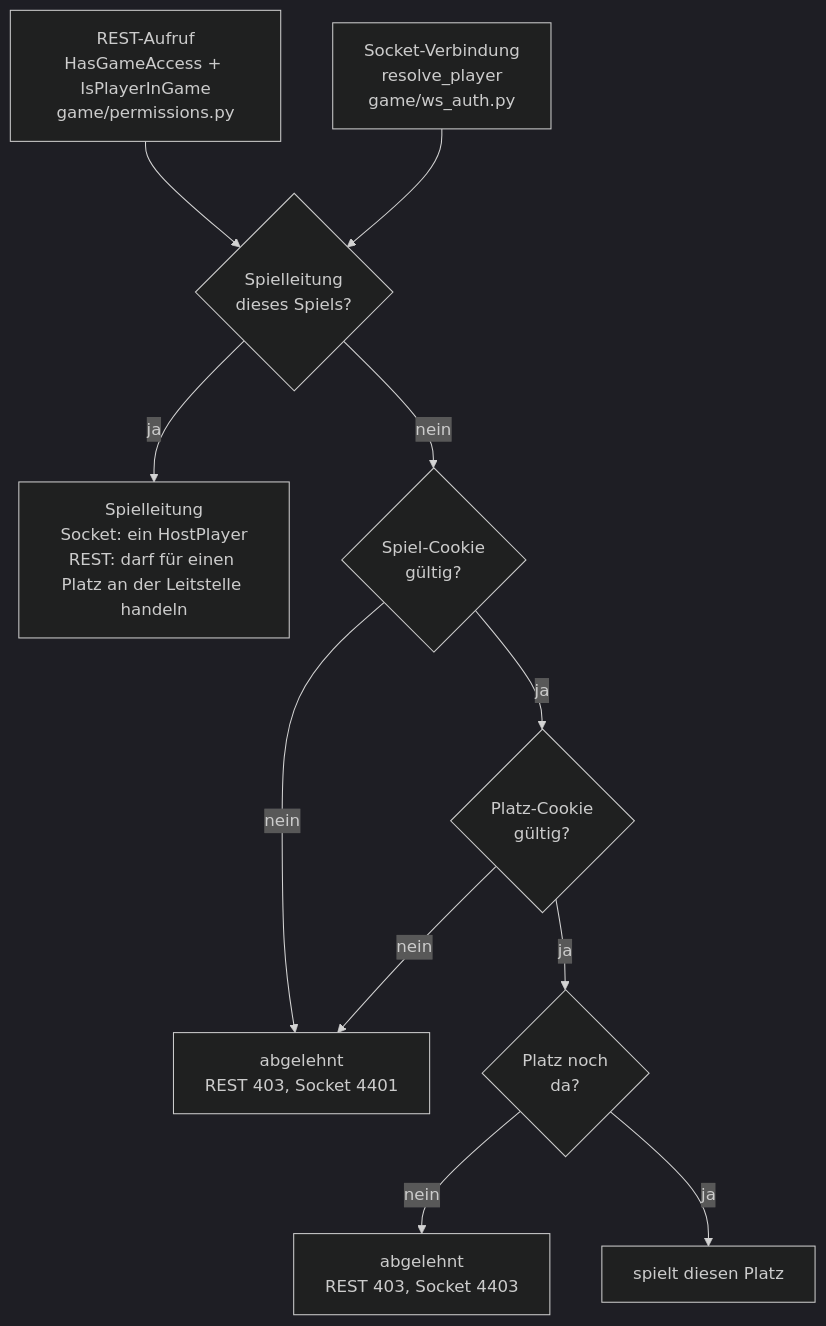
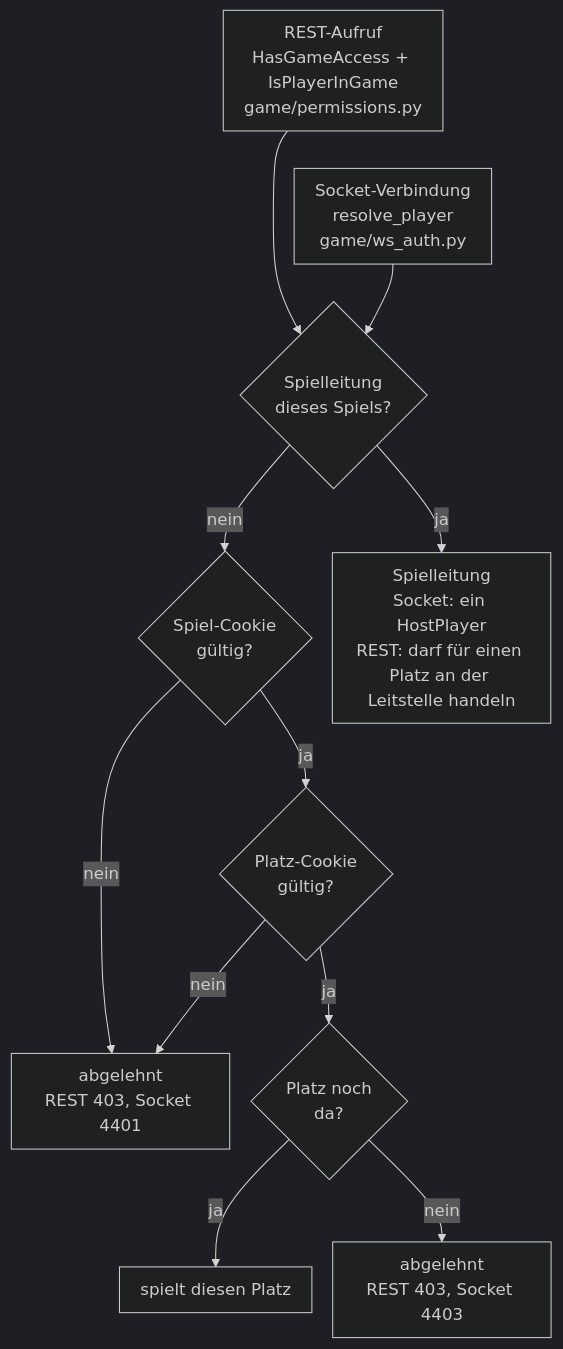
One commit to luke-hirsch/co2mmute changed the fourth of 12 diagrams in docs/de-flowcharts.md. Above: the diagram before and after it, drawn with Mermaid (dark theme). The commit also changed other lines of this file and 6 other files, not shown here.

Commit message:
ablaufdiagramme: 1, 4, 6, 8 und 10 schmaler gezeichnet (umbruchbreite, eine spalte, kürzere kantentexte), de und en gleich

````diff
--- a/docs/de-flowcharts.md
+++ b/docs/de-flowcharts.md
@@ -149,17 +154,19 @@
 ```mermaid
+%%{init: {"flowchart": {"wrappingWidth": 170, "nodeSpacing": 20, "rankSpacing": 36, "padding": 10}}}%%
 flowchart TD
     rest["REST-Aufruf<br>HasGameAccess + IsPlayerInGame<br>game/permissions.py"]
     sock["Socket-Verbindung<br>resolve_player<br>game/ws_auth.py"]
+    rest ~~~ sock
     rest --> host
     sock --> host
 
     host{"Spielleitung<br>dieses Spiels?"}
+    host -->|"nein"| access{"Spiel-Cookie<br>gültig?"}
     host -->|"ja"| hostok["Spielleitung<br>Socket: ein HostPlayer<br>REST: darf für einen Platz an der Leitstelle handeln"]
-    host -->|"nein"| access{"Spiel-Cookie<br>gültig?"}
+    access -->|"ja"| pid{"Platz-Cookie<br>gültig?"}
     access -->|"nein"| refused1["abgelehnt<br>REST 403, Socket 4401"]
-    access -->|"ja"| pid{"Platz-Cookie<br>gültig?"}
+    pid -->|"ja"| row{"Platz noch<br>da?"}
     pid -->|"nein"| refused1
-    pid -->|"ja"| row{"Platz noch<br>da?"}
+    row -->|"ja"| player["spielt diesen Platz"]
     row -->|"nein"| refused2["abgelehnt<br>REST 403, Socket 4403"]
-    row -->|"ja"| player["spielt diesen Platz"]
 ```
````
